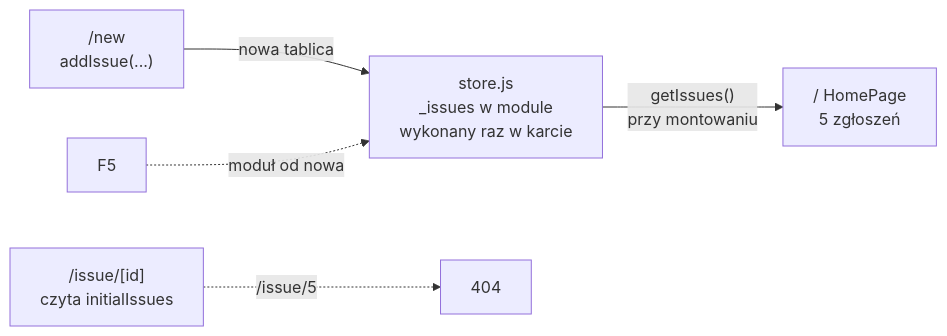
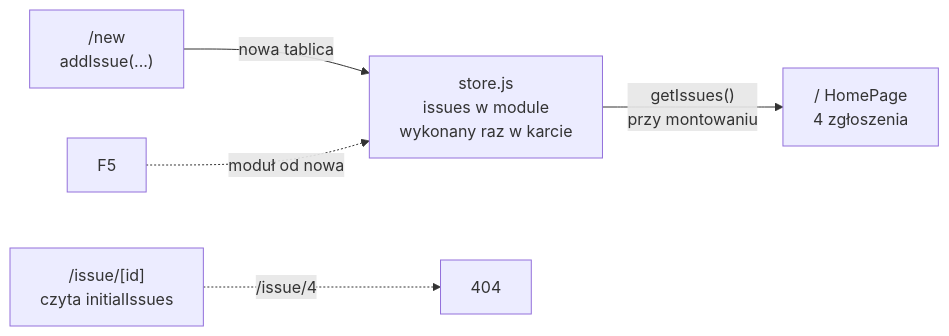
One commit to mmiotk/frontend-development-ug changed the diagram in lecture03/slides/slide_06_dane-w-module.md. Above: the diagram before and after it, drawn with Mermaid. The commit also changed other lines of this file and 48 other files, not shown here.

````diff
--- a/lecture03/slides/slide_06_dane-w-module.md
+++ b/lecture03/slides/slide_06_dane-w-module.md
@@ -166,9 +156,9 @@
 ```mermaid
 %%{init: {"flowchart": {"wrappingWidth": 360}}}%%
 flowchart LR
-    S["store.js<br/>_issues w module<br/>wykonany raz w karcie"]
+    S["store.js<br/>issues w module<br/>wykonany raz w karcie"]
     F["/new<br/>addIssue(...)"] -->|"nowa tablica"| S
-    S -->|"getIssues()<br/>przy montowaniu"| H["/ HomePage<br/>5 zgłoszeń"]
-    D["/issue/[id]<br/>czyta initialIssues"] -.->|"/issue/5"| X["404"]
+    S -->|"getIssues()<br/>przy montowaniu"| H["/ HomePage<br/>4 zgłoszenia"]
+    D["/issue/[id]<br/>czyta initialIssues"] -.->|"/issue/4"| X["404"]
     R["F5"] -.->|"moduł od nowa"| S
 ```
````
